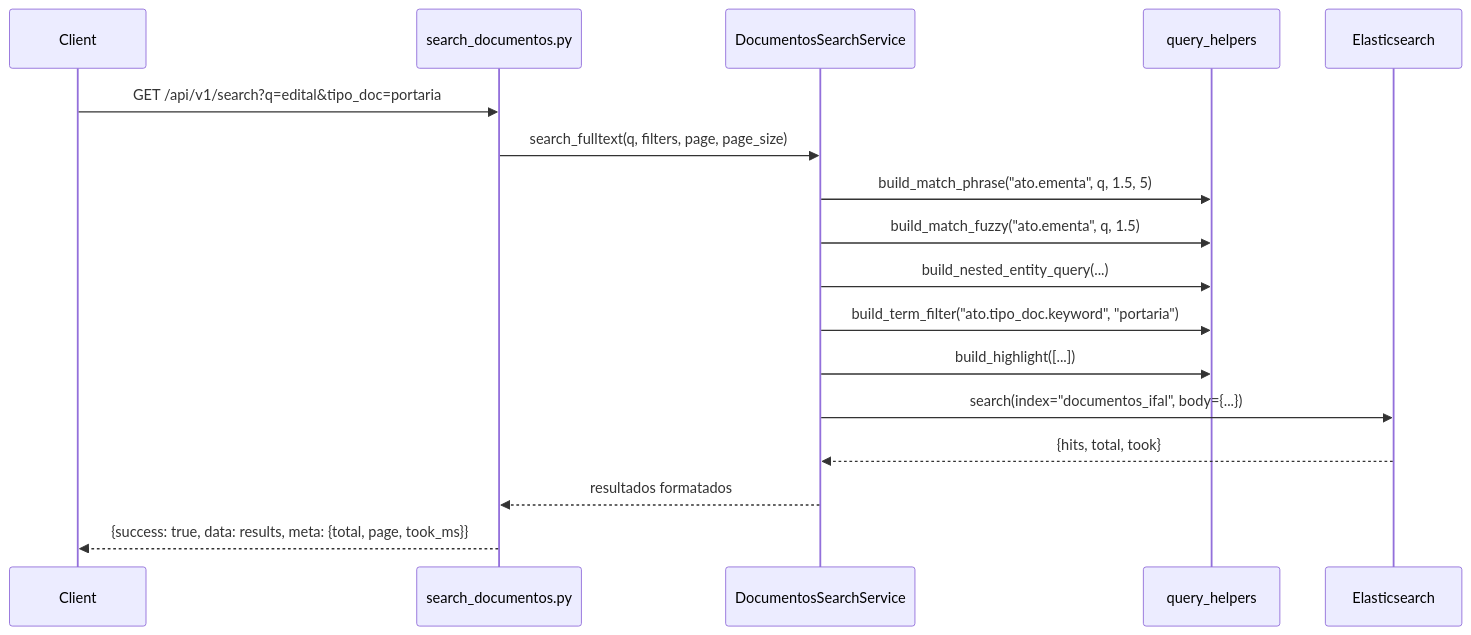
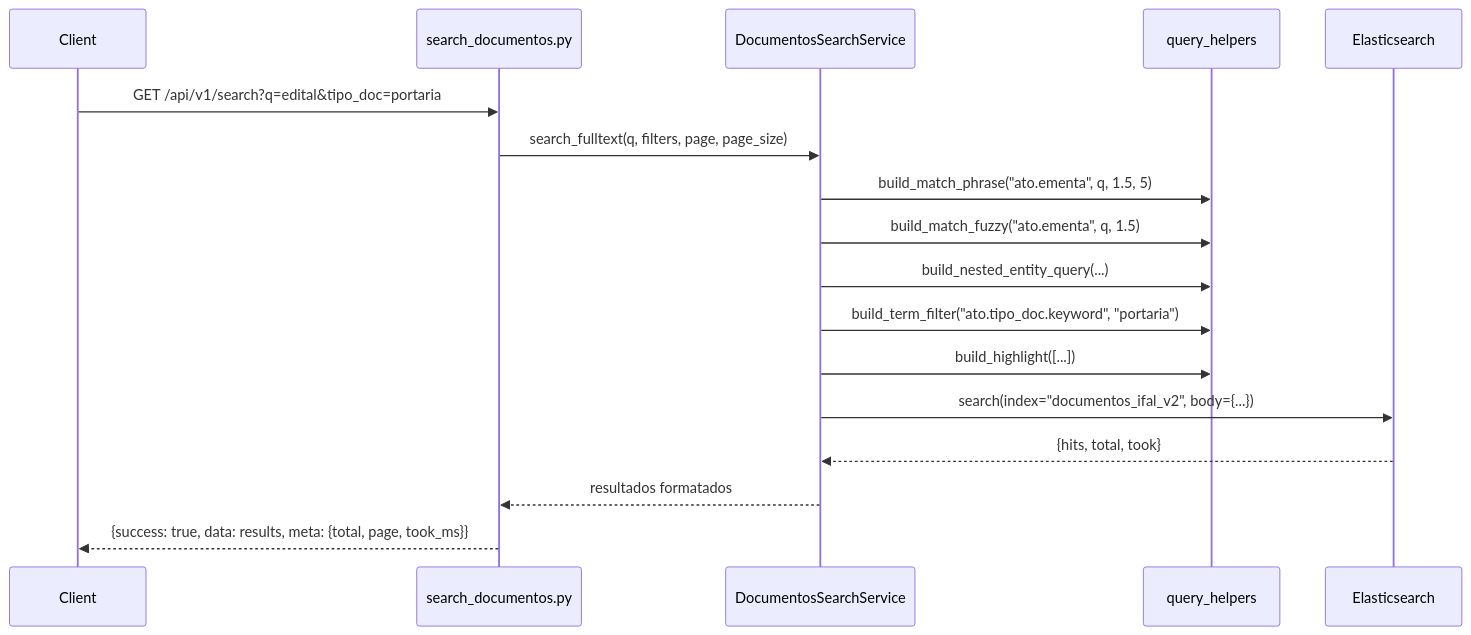
Before and after one commit to thiagok2/iuna-api: the first of 4 diagrams in specs/starter/init/design.md, drawn with Mermaid. The commit also changed other lines of this file and 5 other files, not shown here.

````diff
--- a/specs/starter/init/design.md
+++ b/specs/starter/init/design.md
@@ -2177,20 +2217,20 @@
 ```mermaid
 sequenceDiagram
     participant Client
     participant Router as search_documentos.py
     participant Service as DocumentosSearchService
     participant QH as query_helpers
     participant ES as Elasticsearch
 
     Client->>Router: GET /api/v1/search?q=edital&tipo_doc=portaria
     Router->>Service: search_fulltext(q, filters, page, page_size)
     Service->>QH: build_match_phrase("ato.ementa", q, 1.5, 5)
     Service->>QH: build_match_fuzzy("ato.ementa", q, 1.5)
     Service->>QH: build_nested_entity_query(...)
     Service->>QH: build_term_filter("ato.tipo_doc.keyword", "portaria")
     Service->>QH: build_highlight([...])
-    Service->>ES: search(index="documentos_ifal", body={...})
+    Service->>ES: search(index="documentos_ifal_v2", body={...})
     ES-->>Service: {hits, total, took}
     Service-->>Router: resultados formatados
     Router-->>Client: {success: true, data: results, meta: {total, page, took_ms}}
 ```
````
